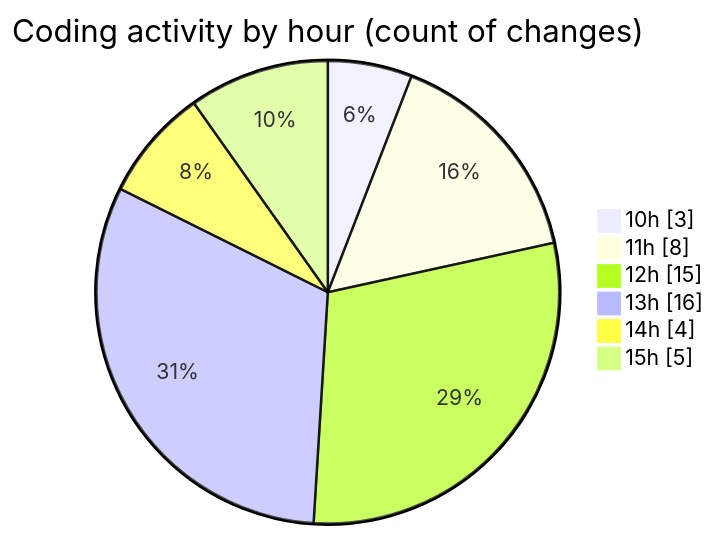
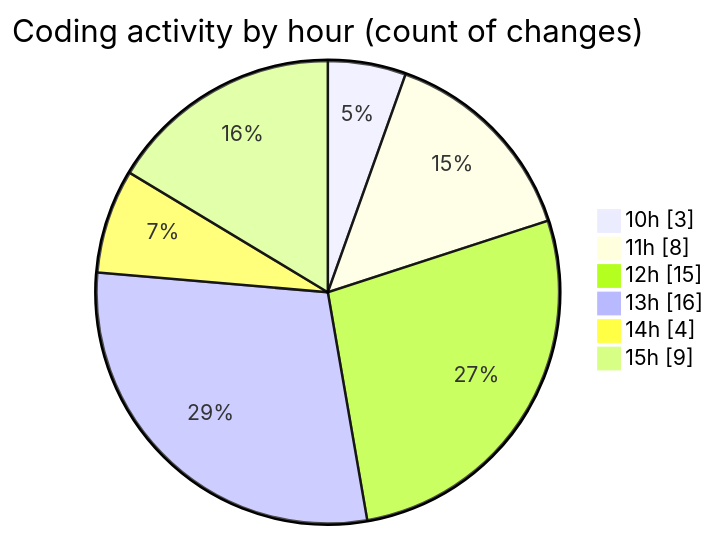
Before and after one commit to nxtqubesakshisongat/code-tracking: the second of 2 diagrams in 2025-10-15/nxtqube_webapp/README.md, drawn with Mermaid. The commit also changed other lines of this file and 1 other file, not shown here.

````diff
--- a/2025-10-15/nxtqube_webapp/README.md
+++ b/2025-10-15/nxtqube_webapp/README.md
@@ -29,10 +29,10 @@
 ```mermaid
 pie showData
 title Coding activity by hour (count of changes)
 "10h" : 3
 "11h" : 8
 "12h" : 15
 "13h" : 16
 "14h" : 4
-"15h" : 5
+"15h" : 9
 ```
````
